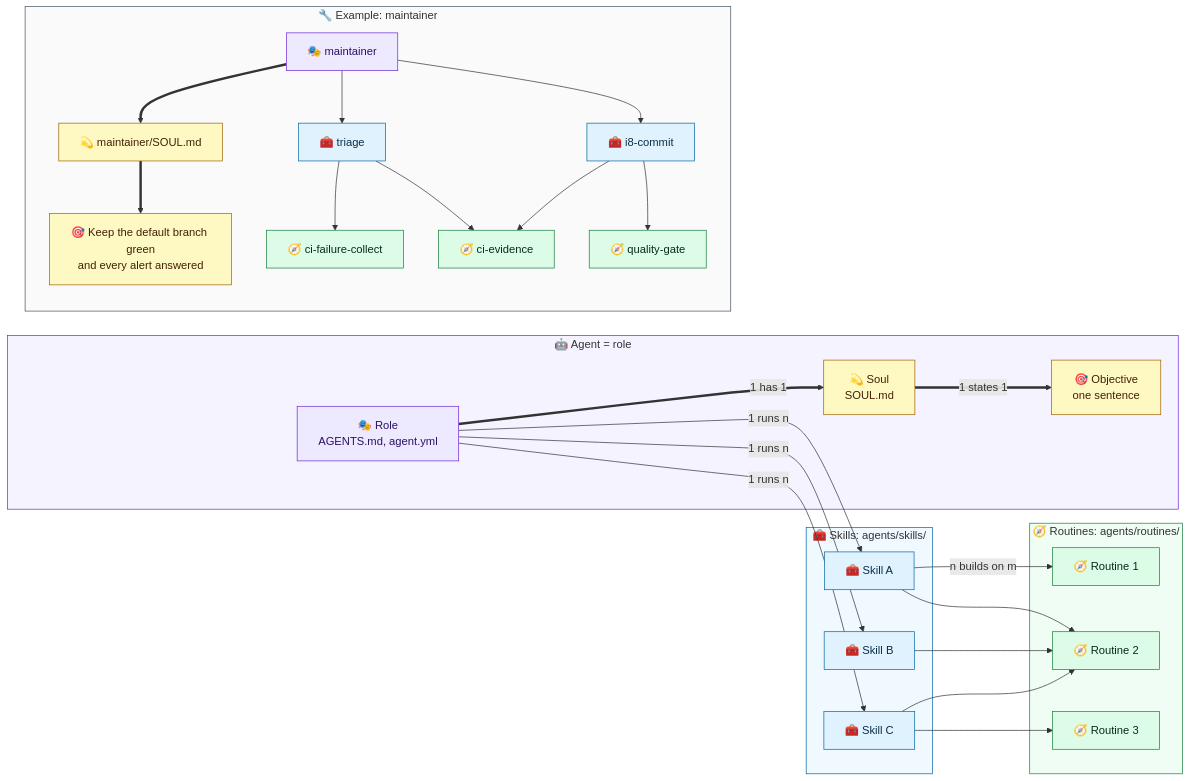
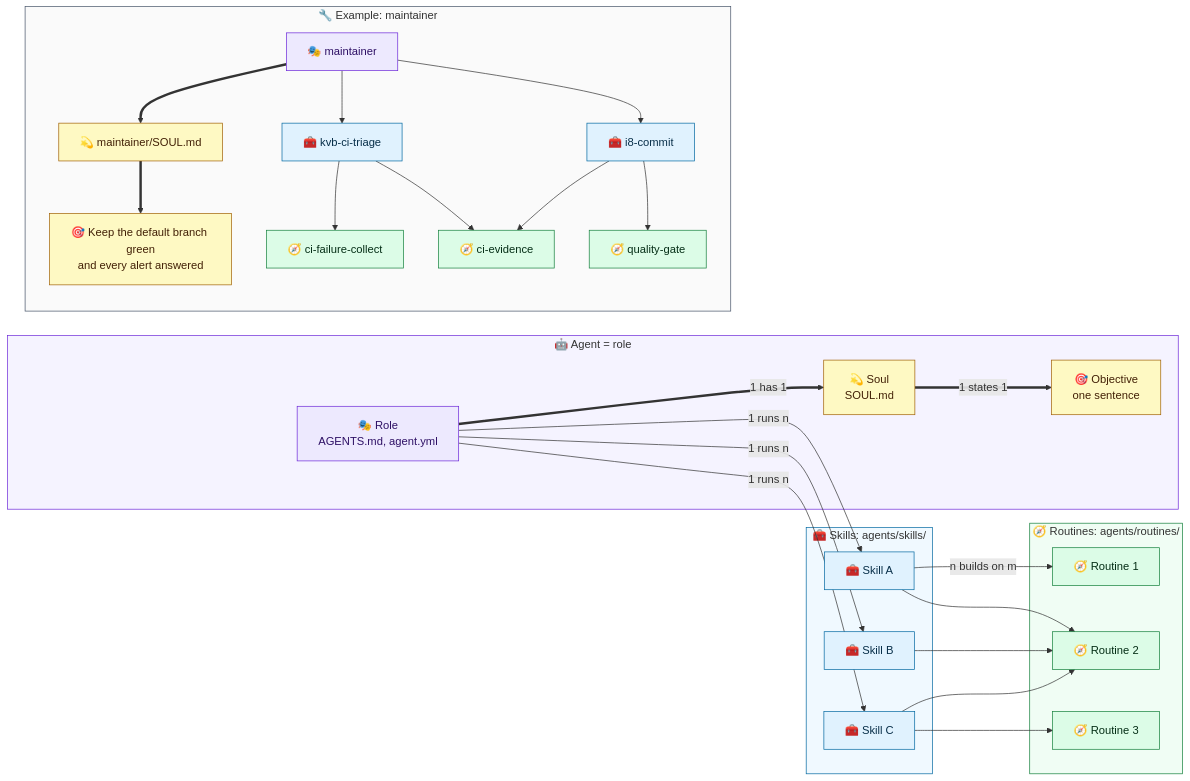
Before and after one commit to infinito-nexus/core: the fourth of 24 diagrams in docs/requirements/089-agents-restructuring.md, drawn with Mermaid. The commit also changed other lines of this file and 39 other files, not shown here.

````diff
--- a/docs/requirements/089-agents-restructuring.md
+++ b/docs/requirements/089-agents-restructuring.md
@@ -257,57 +257,57 @@
 ```mermaid
 flowchart LR
   subgraph AGENT["🤖 Agent = role"]
     R["🎭 Role<br/>AGENTS.md, agent.yml"]
     SO["💫 Soul<br/>SOUL.md"]
     OB["🎯 Objective<br/>one sentence"]
   end
   subgraph SKILLS["🧰 Skills: agents/skills/"]
     S1["🧰 Skill A"]
     S2["🧰 Skill B"]
     S3["🧰 Skill C"]
   end
   subgraph ROUTINES["🧭 Routines: agents/routines/"]
     T1["🧭 Routine 1"]
     T2["🧭 Routine 2"]
     T3["🧭 Routine 3"]
   end
   R ==>|"1 has 1"| SO
   SO ==>|"1 states 1"| OB
   R -->|"1 runs n"| S1
   R -->|"1 runs n"| S2
   R -->|"1 runs n"| S3
   S1 -->|"n builds on m"| T1
   S1 --> T2
   S2 --> T2
   S3 --> T2
   S3 --> T3
   subgraph EX["🔧 Example: maintainer"]
     EXR["🎭 maintainer"]
     EXSO["💫 maintainer/SOUL.md"]
     EXO["🎯 Keep the default branch green<br/>and every alert answered"]
-    EXS1["🧰 triage"]
+    EXS1["🧰 kvb-ci-triage"]
     EXS2["🧰 i8-commit"]
     EXT1["🧭 ci-failure-collect"]
     EXT2["🧭 quality-gate"]
     EXT3["🧭 ci-evidence"]
     EXR ==> EXSO ==> EXO
     EXR --> EXS1
     EXR --> EXS2
     EXS1 --> EXT1
     EXS1 --> EXT3
     EXS2 --> EXT2
     EXS2 --> EXT3
   end
   classDef role fill:#ede9fe,stroke:#6d28d9,color:#2e1065
   classDef soul fill:#fef9c3,stroke:#a16207,color:#422006
   classDef skill fill:#e0f2fe,stroke:#0369a1,color:#082f49
   classDef routine fill:#dcfce7,stroke:#15803d,color:#052e16
   class R,EXR role
   class SO,OB,EXSO,EXO soul
   class S1,S2,S3,EXS1,EXS2 skill
   class T1,T2,T3,EXT1,EXT2,EXT3 routine
   style AGENT fill:#f5f3ff,stroke:#6d28d9
   style SKILLS fill:#f0f9ff,stroke:#0369a1
   style ROUTINES fill:#f0fdf4,stroke:#15803d
   style EX fill:#fafafa,stroke:#475569
 ```
````
